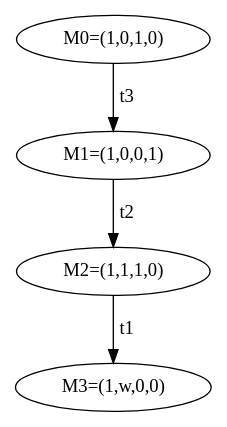
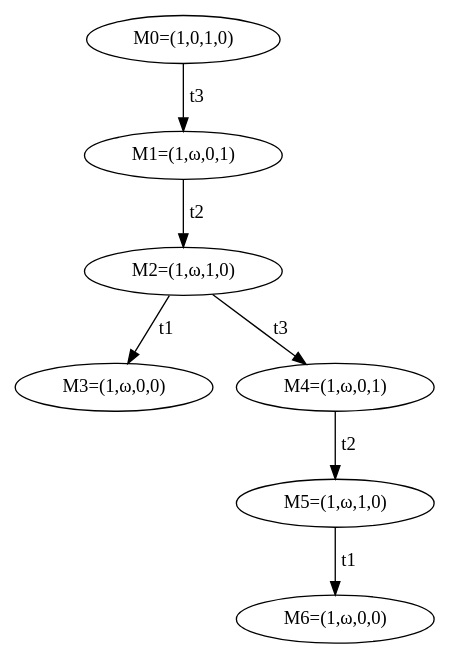
Before and after one commit to eddie-c-davis/cs-advsweng: the diagram in HW1/pn2cov.dot, drawn with Graphviz. The commit also changed 2 other files, not shown here.

```diff
--- a/HW1/pn2cov.dot
+++ b/HW1/pn2cov.dot
@@ -1,9 +1,15 @@
 digraph ASTGraph {
 0 [ label="M0=(1,0,1,0)" ];
 0 -> 1 [ label=" t3" ];
-1 [ label="M1=(1,0,0,1)" ];
+1 [ label="M1=(1,&#969;,0,1)" ];
 1 -> 2 [ label=" t2" ];
-2 [ label="M2=(1,1,1,0)" ];
+2 [ label="M2=(1,&#969;,1,0)" ];
 2 -> 3 [ label=" t1" ];
-3 [ label="M3=(1,w,0,0)" ];
+3 [ label="M3=(1,&#969;,0,0)" ];
+2 -> 4 [ label=" t3" ];
+4 [ label="M4=(1,&#969;,0,1)" ];
+4 -> 5 [ label=" t2" ];
+5 [ label="M5=(1,&#969;,1,0)" ];
+5 -> 6 [ label=" t1" ];
+6 [ label="M6=(1,&#969;,0,0)" ];
 }
```
